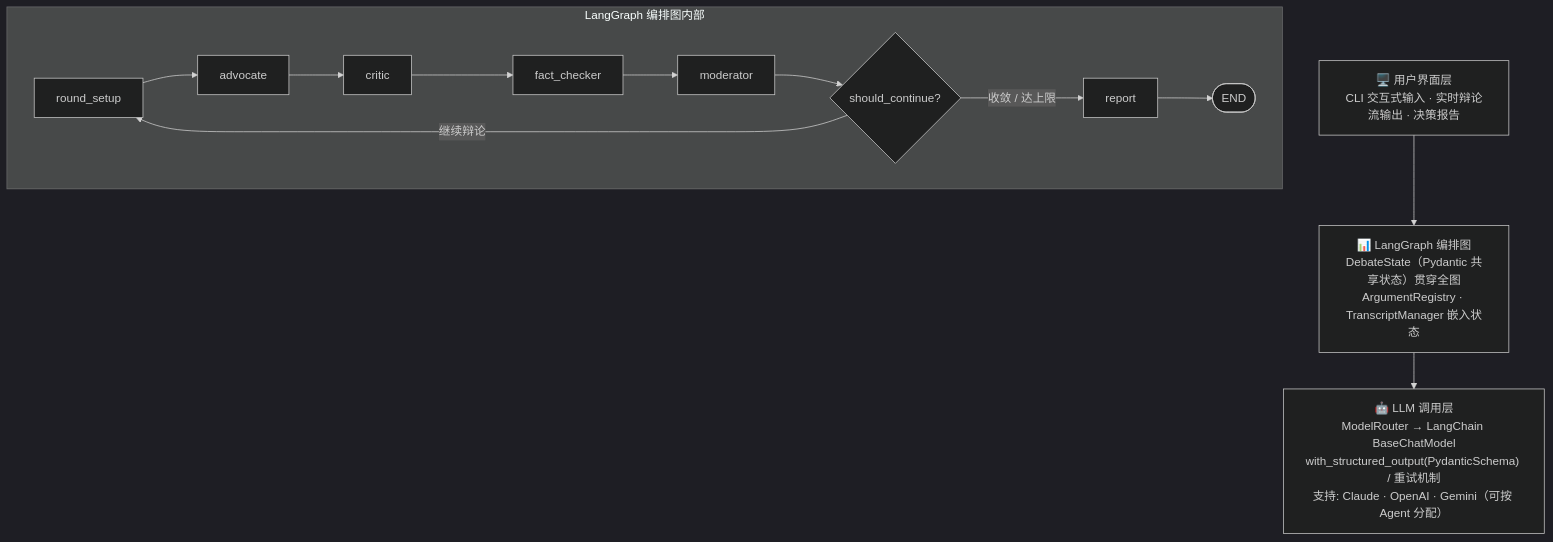
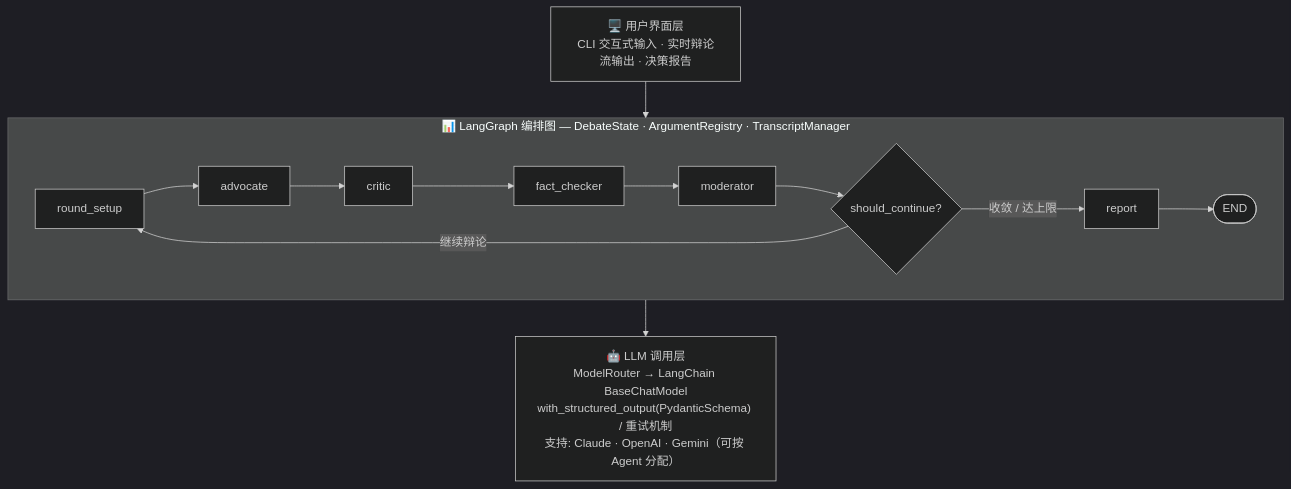
Before and after one commit to CAgcoder/MaverickJ: the first of 3 diagrams in README.md, drawn with Mermaid (dark theme). The commit also changed other lines of this file and 1 other file, not shown here.

Commit message:
feat: Update system architecture diagrams for improved clarity and structure

````diff
--- a/README.md
+++ b/README.md
@@ -222,21 +222,21 @@
 ```mermaid
+%%{init: {"flowchart": {"useMaxWidth": true}}}%%
 flowchart TD
     UI["🖥️ 用户界面层\nCLI 交互式输入 · 实时辩论流输出 · 决策报告"]
-    GRAPH["📊 LangGraph 编排图\nDebateState（Pydantic 共享状态）贯穿全图\nArgumentRegistry · TranscriptManager 嵌入状态"]
     LLM["🤖 LLM 调用层\nModelRouter → LangChain BaseChatModel\nwith_structured_output(PydanticSchema) / 重试机制\n支持: Claude · OpenAI · Gemini（可按 Agent 分配）"]
 
-    UI --> GRAPH
-    GRAPH --> LLM
+    UI --> GRAPH_DETAIL
+    GRAPH_DETAIL --> LLM
 
-    subgraph GRAPH_DETAIL["LangGraph 编排图内部"]
+    subgraph GRAPH_DETAIL["📊 LangGraph 编排图 — DebateState · ArgumentRegistry · TranscriptManager"]
         direction LR
         RS[round_setup] --> ADV[advocate]
         ADV --> CRT[critic]
         CRT --> FC[fact_checker]
         FC --> MOD[moderator]
         MOD --> COND{should_continue?}
         COND -->|继续辩论| RS
         COND -->|收敛 / 达上限| RPT[report]
         RPT --> END([END])
     end
 ```
````
